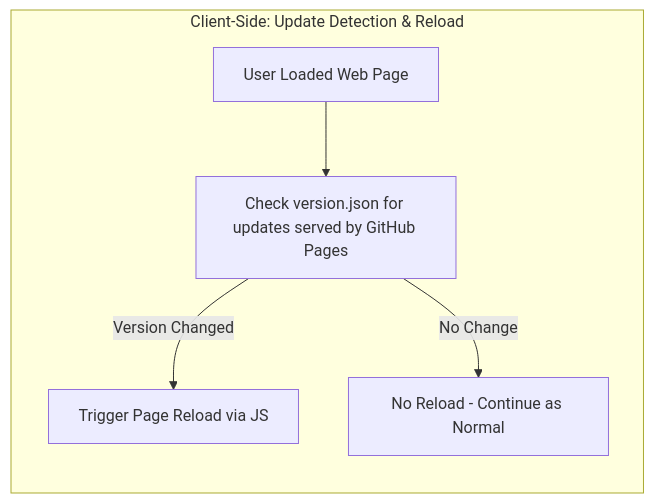
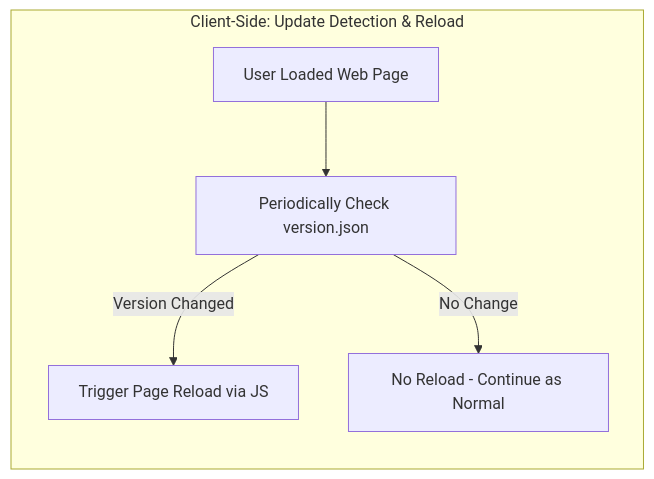
The third of 4 diagrams in README.md (lloydchang/client-side-canary-deployment), drawn with Mermaid before and after one commit. The commit also changed other lines of this file and 3 other files, not shown here.

````diff
--- a/README.md
+++ b/README.md
@@ -48,9 +49,9 @@
 ```mermaid
 graph LR
     subgraph Client-Side: Update Detection & Reload
         U[User Loaded Web Page]
-        U --> V[Check version.json for updates served by GitHub Pages]
+        U --> V[Periodically Check version.json]
         V -->|Version Changed| R["Trigger Page Reload via JS"]
         V -->|No Change| S[No Reload - Continue as Normal]
     end
 ```
````
